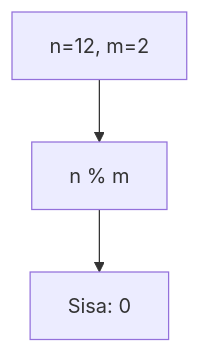
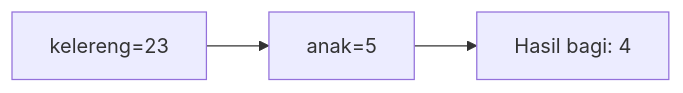
Diagram 15 of 25 in part-c-pemahaman-cpp/01-tipe-data/latihan/set-09.md (amnahwaida/OSNK_INF_PREP), drawn with Mermaid before and after one commit. The commit also changed other lines of this file and 71 other files, not shown here.

````diff
--- a/part-c-pemahaman-cpp/01-tipe-data/latihan/set-09.md
+++ b/part-c-pemahaman-cpp/01-tipe-data/latihan/set-09.md
@@ -404,5 +424,5 @@
 ```mermaid
-graph TD
-A["n=12, m=2"] --> B["n % m"]
-B --> C["Sisa: 0"]
+graph LR
+A["kelereng=23"] --> B["anak=5"]
+B --> C["Hasil bagi: 4"]
 ```
````
